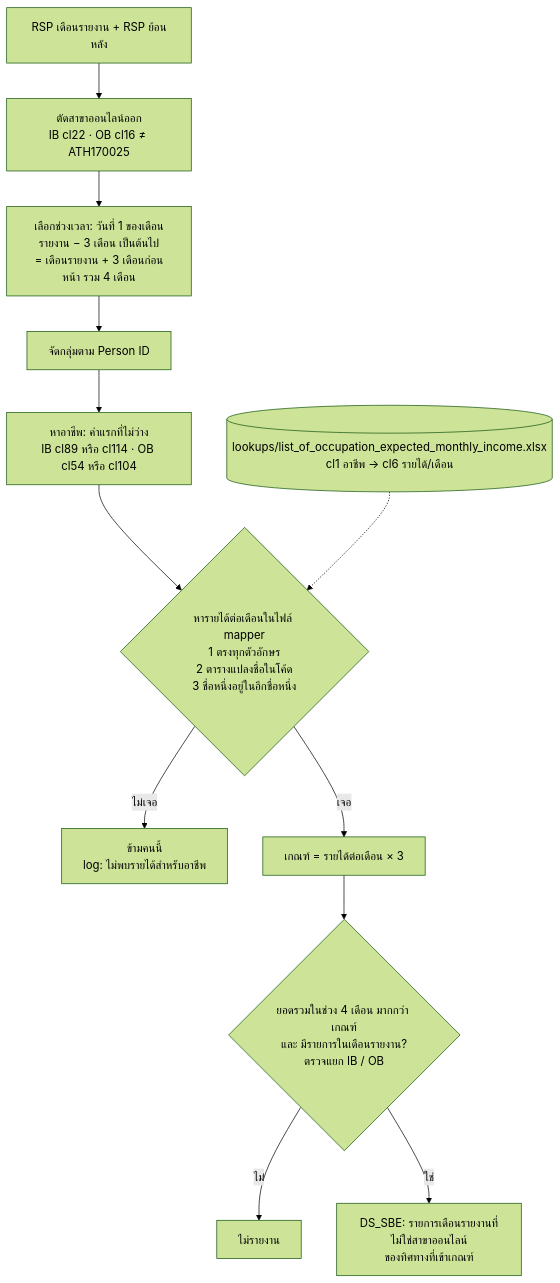
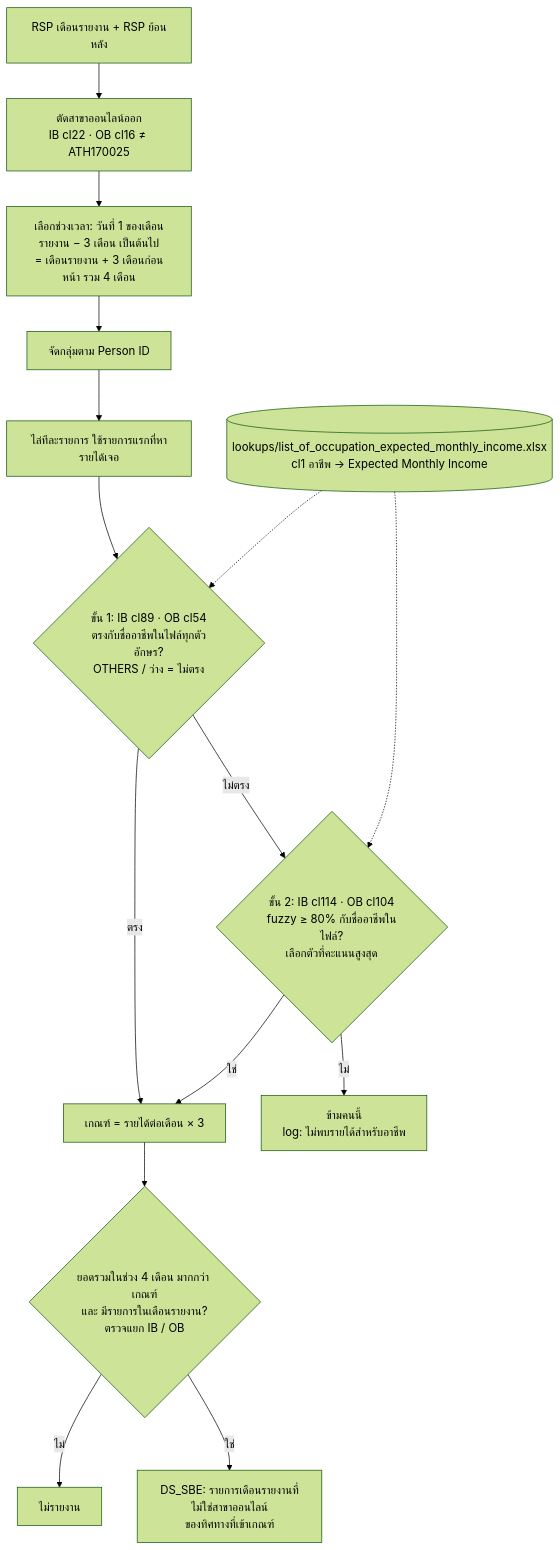
One commit to ArtSukasem/western-union-bot-report-2026 changed the sixth of 12 diagrams in .claude/usermanuals/rule-flowcharts-th.md. Above: the diagram before and after it, drawn with Mermaid (forest theme). The commit also changed other lines of this file and 19 other files, not shown here.

````diff
--- a/.claude/usermanuals/rule-flowcharts-th.md
+++ b/.claude/usermanuals/rule-flowcharts-th.md
@@ -98,15 +98,18 @@
 ```mermaid
 flowchart TD
     A["RSP เดือนรายงาน + RSP ย้อนหลัง"] --> B["ตัดสาขาออนไลน์ออก<br/>IB cl22 · OB cl16 ≠ ATH170025"]
     B --> C["เลือกช่วงเวลา: วันที่ 1 ของเดือนรายงาน − 3 เดือน เป็นต้นไป<br/>= เดือนรายงาน + 3 เดือนก่อนหน้า รวม 4 เดือน"]
     C --> D["จัดกลุ่มตาม Person ID"]
-    D --> E["หาอาชีพ: ค่าแรกที่ไม่ว่าง<br/>IB cl89 หรือ cl114 · OB cl54 หรือ cl104"]
-    E --> F{"หารายได้ต่อเดือนในไฟล์ mapper<br/>1 ตรงทุกตัวอักษร<br/>2 ตารางแปลงชื่อในโค้ด<br/>3 ชื่อหนึ่งอยู่ในอีกชื่อหนึ่ง"}
-    F -- ไม่เจอ --> NO["ข้ามคนนี้<br/>log: ไม่พบรายได้สำหรับอาชีพ"]
-    F -- เจอ --> G["เกณฑ์ = รายได้ต่อเดือน × 3"]
+    D --> E["ไล่ทีละรายการ ใช้รายการแรกที่หารายได้เจอ"]
+    E --> F{"ขั้น 1: IB cl89 · OB cl54<br/>ตรงกับชื่ออาชีพในไฟล์ทุกตัวอักษร?<br/>OTHERS / ว่าง = ไม่ตรง"}
+    F -- ตรง --> G["เกณฑ์ = รายได้ต่อเดือน × 3"]
+    F -- ไม่ตรง --> F2{"ขั้น 2: IB cl114 · OB cl104<br/>fuzzy ≥ 80% กับชื่ออาชีพในไฟล์?<br/>เลือกตัวที่คะแนนสูงสุด"}
+    F2 -- ใช่ --> G
+    F2 -- ไม่ --> NO["ข้ามคนนี้<br/>log: ไม่พบรายได้สำหรับอาชีพ"]
     G --> H{"ยอดรวมในช่วง 4 เดือน มากกว่า เกณฑ์<br/>และ มีรายการในเดือนรายงาน?<br/>ตรวจแยก IB / OB"}
     H -- ไม่ --> NO2["ไม่รายงาน"]
     H -- ใช่ --> R["DS_SBE: รายการเดือนรายงานที่ไม่ใช่สาขาออนไลน์<br/>ของทิศทางที่เข้าเกณฑ์"]
 
-    L1[("lookups/list_of_occupation_expected_monthly_income.xlsx<br/>cl1 อาชีพ → cl6 รายได้/เดือน")] -.-> F
+    L1[("lookups/list_of_occupation_expected_monthly_income.xlsx<br/>cl1 อาชีพ → Expected Monthly Income")] -.-> F
+    L1 -.-> F2
 ```
````
